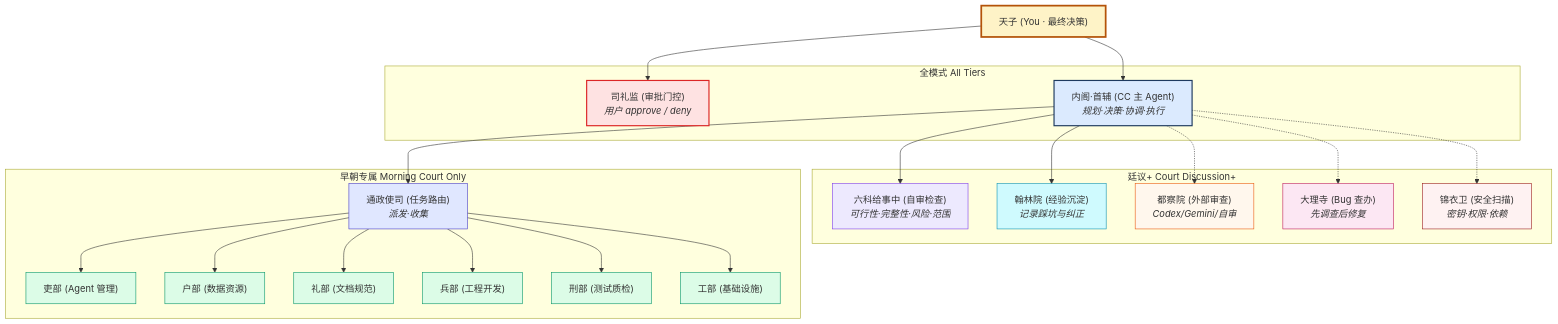
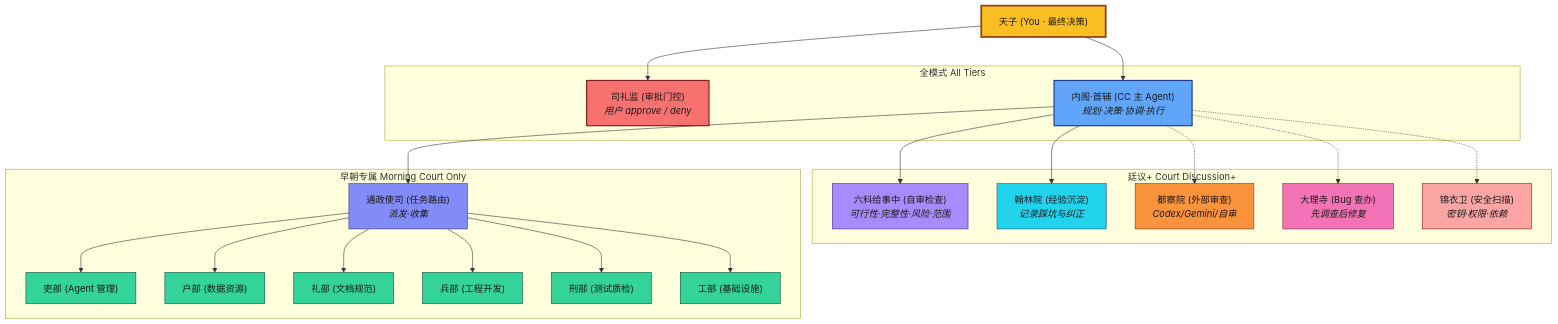
Before and after one commit to shiqkuangsan/oh-my-daily-skills: the sixth of 6 diagrams in docs/ming-court-code/guide_cn.md, drawn with Mermaid. The commit also changed other lines of this file and 1 other file, not shown here.

First line of the commit message:
style(ming-court-code): boost Mermaid diagram colors for GitHub dark mode

````diff
--- a/docs/ming-court-code/guide_cn.md
+++ b/docs/ming-court-code/guide_cn.md
@@ -376,58 +376,58 @@
 ```mermaid
 graph TD
     Emperor["天子 (You · 最终决策)"]
 
     subgraph always ["全模式 All Tiers"]
         Silijian["司礼监 (审批门控)<br/><i>用户 approve / deny</i>"]
         GS["内阁·首辅 (CC 主 Agent)<br/><i>规划·决策·协调·执行</i>"]
     end
 
     subgraph court ["廷议+ Court Discussion+"]
         SixOff["六科给事中 (自审检查)<br/><i>可行性·完整性·风险·范围</i>"]
         Hanlin["翰林院 (经验沉淀)<br/><i>记录踩坑与纠正</i>"]
         Censorate["都察院 (外部审查)<br/><i>Codex/Gemini/自审</i>"]
         Judicature["大理寺 (Bug 查办)<br/><i>先调查后修复</i>"]
         Guard["锦衣卫 (安全扫描)<br/><i>密钥·权限·依赖</i>"]
     end
 
     subgraph morning ["早朝专属 Morning Court Only"]
         OT["通政使司 (任务路由)<br/><i>派发·收集</i>"]
         Personnel["吏部 (Agent 管理)"]
         Revenue["户部 (数据资源)"]
         Rites["礼部 (文档规范)"]
         War["兵部 (工程开发)"]
         Justice["刑部 (测试质检)"]
         Works["工部 (基础设施)"]
     end
 
     Emperor --> Silijian
     Emperor --> GS
     GS --> SixOff
     GS --> Hanlin
     GS -.-> Censorate
     GS -.-> Judicature
     GS -.-> Guard
     GS --> OT
     OT --> Personnel
     OT --> Revenue
     OT --> Rites
     OT --> War
     OT --> Justice
     OT --> Works
 
-    style Emperor fill:#fef3c7,stroke:#b45309,stroke-width:3px
-    style Silijian fill:#fee2e2,stroke:#dc2626,stroke-width:2px
-    style GS fill:#dbeafe,stroke:#1e3a5f,stroke-width:2px
-    style SixOff fill:#ede9fe,stroke:#7c3aed
-    style Hanlin fill:#cffafe,stroke:#0891b2
-    style Censorate fill:#fff7ed,stroke:#ea580c
-    style Judicature fill:#fce7f3,stroke:#be185d
-    style Guard fill:#fef2f2,stroke:#991b1b
-    style OT fill:#e0e7ff,stroke:#4338ca
-    style Personnel fill:#dcfce7,stroke:#059669
-    style Revenue fill:#dcfce7,stroke:#059669
-    style Rites fill:#dcfce7,stroke:#059669
-    style War fill:#dcfce7,stroke:#059669
-    style Justice fill:#dcfce7,stroke:#059669
-    style Works fill:#dcfce7,stroke:#059669
+    style Emperor fill:#fbbf24,stroke:#92400e,color:#1a1a1a,stroke-width:3px
+    style Silijian fill:#f87171,stroke:#7f1d1d,color:#1a1a1a,stroke-width:2px
+    style GS fill:#60a5fa,stroke:#1e3a8a,color:#1a1a1a,stroke-width:2px
+    style SixOff fill:#a78bfa,stroke:#4c1d95,color:#1a1a1a
+    style Hanlin fill:#22d3ee,stroke:#164e63,color:#1a1a1a
+    style Censorate fill:#fb923c,stroke:#7c2d12,color:#1a1a1a
+    style Judicature fill:#f472b6,stroke:#831843,color:#1a1a1a
+    style Guard fill:#fca5a5,stroke:#7f1d1d,color:#1a1a1a
+    style OT fill:#818cf8,stroke:#312e81,color:#1a1a1a
+    style Personnel fill:#34d399,stroke:#064e3b,color:#1a1a1a
+    style Revenue fill:#34d399,stroke:#064e3b,color:#1a1a1a
+    style Rites fill:#34d399,stroke:#064e3b,color:#1a1a1a
+    style War fill:#34d399,stroke:#064e3b,color:#1a1a1a
+    style Justice fill:#34d399,stroke:#064e3b,color:#1a1a1a
+    style Works fill:#34d399,stroke:#064e3b,color:#1a1a1a
 ```
````
